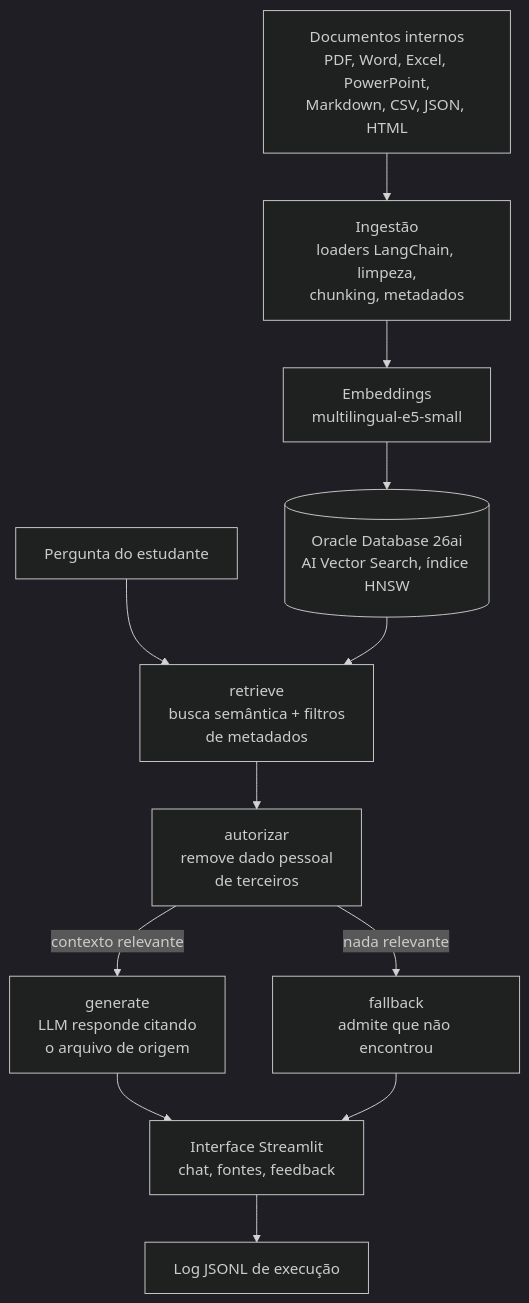
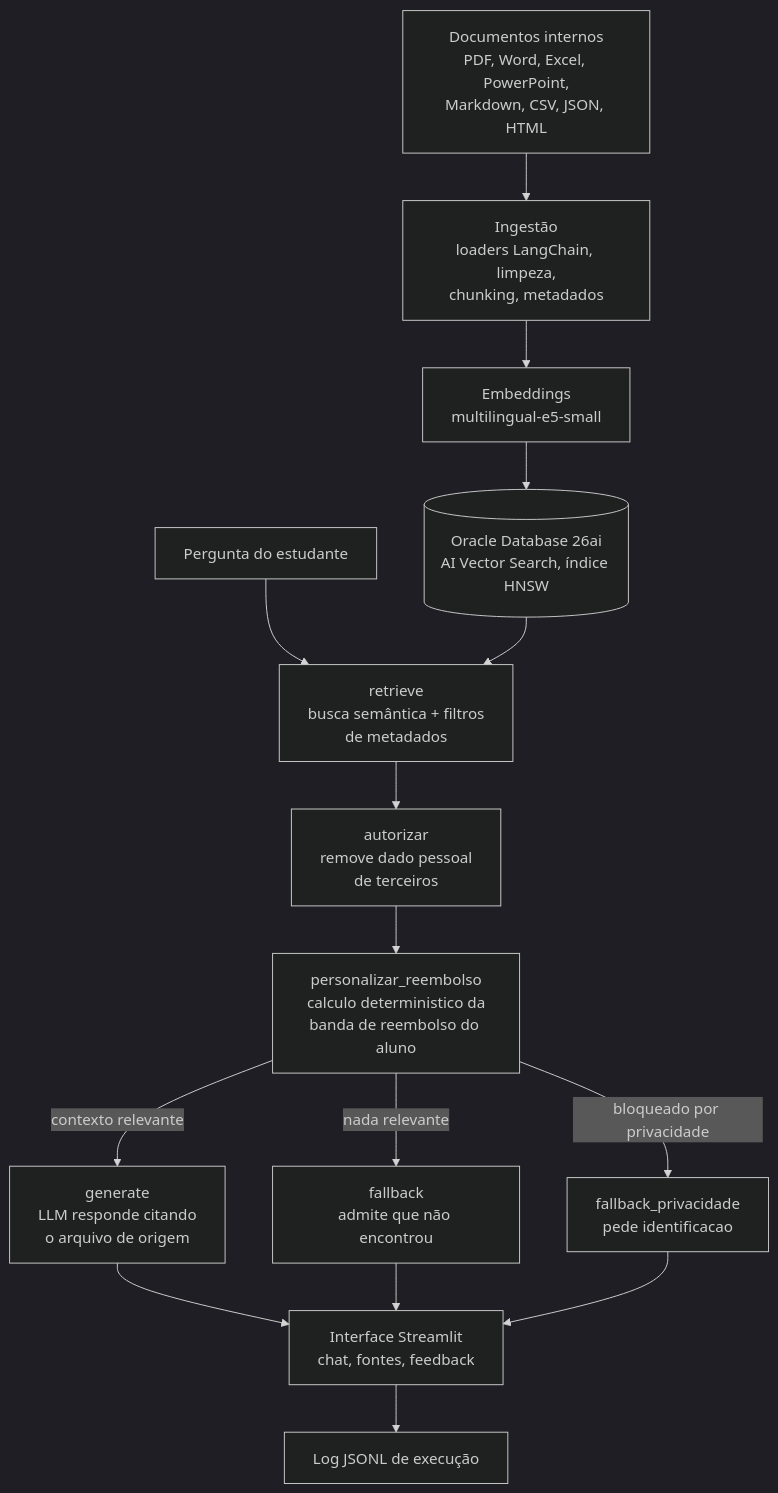
One commit to NiveskZ/edunova-agente-rag changed the diagram in README.md. Above: the diagram before and after it, drawn with Mermaid (dark theme). The commit also changed other lines of this file and 9 other files, not shown here.

````diff
--- a/README.md
+++ b/README.md
@@ -37,14 +43,17 @@
 ```mermaid
 flowchart TD
     A["Documentos internos<br/>PDF, Word, Excel, PowerPoint,<br/>Markdown, CSV, JSON, HTML"] --> B["Ingestão<br/>loaders LangChain, limpeza,<br/>chunking, metadados"]
     B --> C["Embeddings<br/>multilingual-e5-small"]
     C --> D[("Oracle Database 26ai<br/>AI Vector Search, índice HNSW")]
     E["Pergunta do estudante"] --> F["retrieve<br/>busca semântica + filtros<br/>de metadados"]
     D --> F
     F --> G["autorizar<br/>remove dado pessoal<br/>de terceiros"]
-    G -->|contexto relevante| H["generate<br/>LLM responde citando<br/>o arquivo de origem"]
-    G -->|nada relevante| I["fallback<br/>admite que não encontrou"]
+    G --> P["personalizar_reembolso<br/>calculo deterministico da<br/>banda de reembolso do aluno"]
+    P -->|contexto relevante| H["generate<br/>LLM responde citando<br/>o arquivo de origem"]
+    P -->|bloqueado por privacidade| I2["fallback_privacidade<br/>pede identificacao"]
+    P -->|nada relevante| I["fallback<br/>admite que não encontrou"]
     H --> J["Interface Streamlit<br/>chat, fontes, feedback"]
     I --> J
+    I2 --> J
     J --> K["Log JSONL de execução"]
 ```
````
